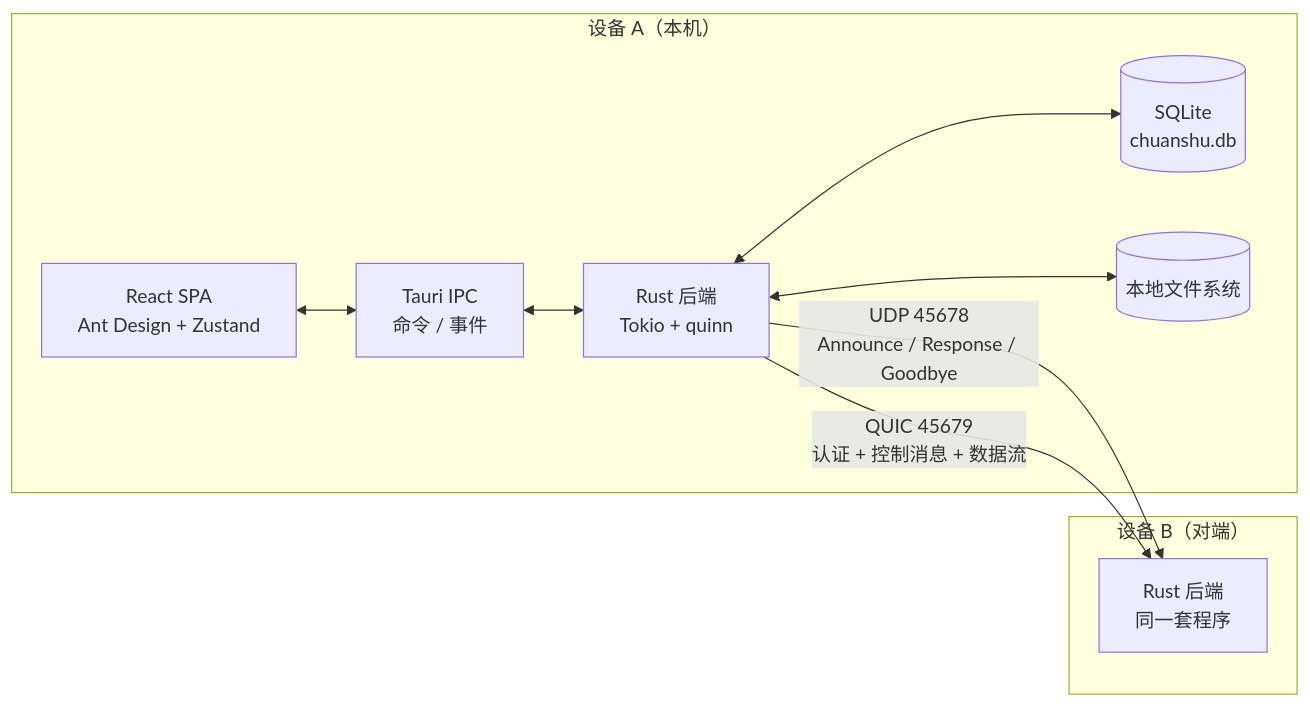
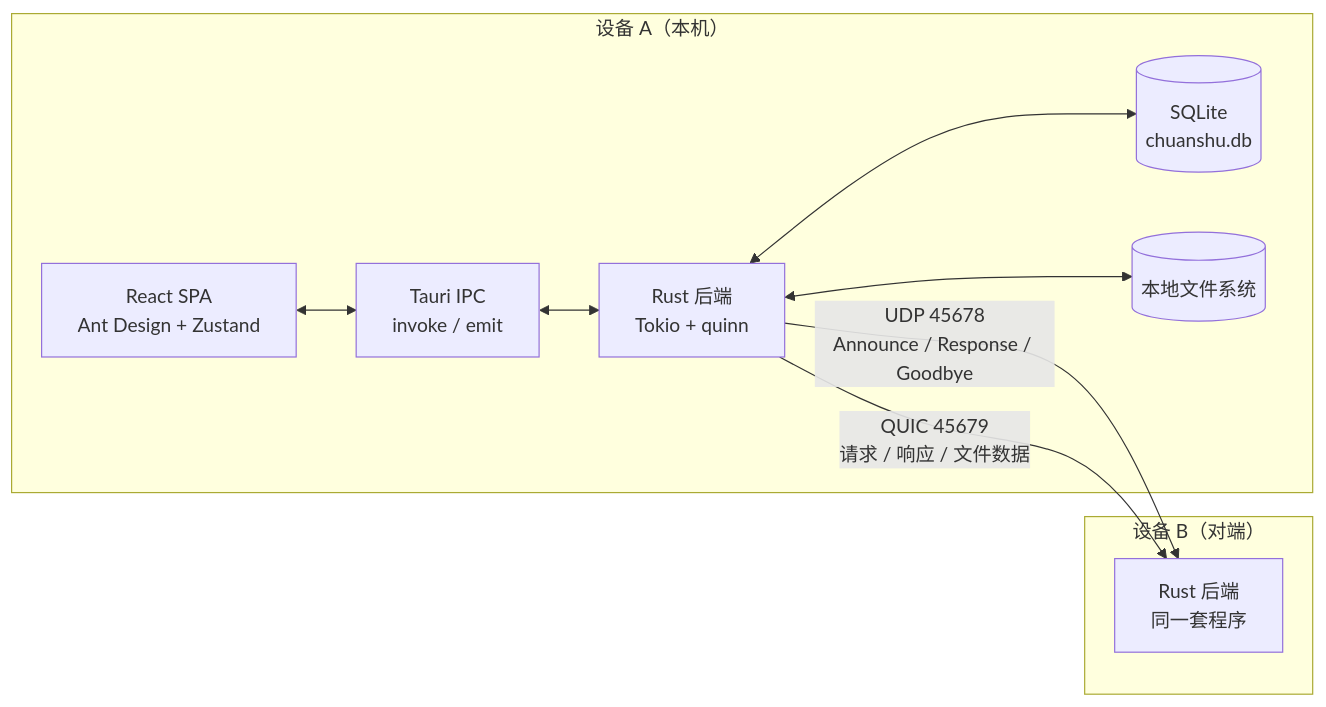
One commit to pardonhan/chuanshu-app changed the first of 4 diagrams in docs/wiki/01-architecture.md. Above: the diagram before and after it, drawn with Mermaid. The commit also changed other lines of this file and 10 other files, not shown here.

````diff
--- a/docs/wiki/01-architecture.md
+++ b/docs/wiki/01-architecture.md
@@ -7,21 +7,21 @@
 ```mermaid
 flowchart LR
   subgraph DeviceA["设备 A（本机）"]
     UI["React SPA<br/>Ant Design + Zustand"]
-    IPC["Tauri IPC<br/>命令 / 事件"]
+    IPC["Tauri IPC<br/>invoke / emit"]
     BE["Rust 后端<br/>Tokio + quinn"]
     DB[("SQLite<br/>chuanshu.db")]
     FS[("本地文件系统")]
     UI <--> IPC
     IPC <--> BE
     BE <--> DB
     BE <--> FS
   end
 
   subgraph DeviceB["设备 B（对端）"]
     BBE["Rust 后端<br/>同一套程序"]
   end
 
   BE -- "UDP 45678<br/>Announce / Response / Goodbye" --> BBE
-  BE -- "QUIC 45679<br/>认证 + 控制消息 + 数据流" --> BBE
+  BE -- "QUIC 45679<br/>请求 / 响应 / 文件数据" --> BBE
 ```
````
